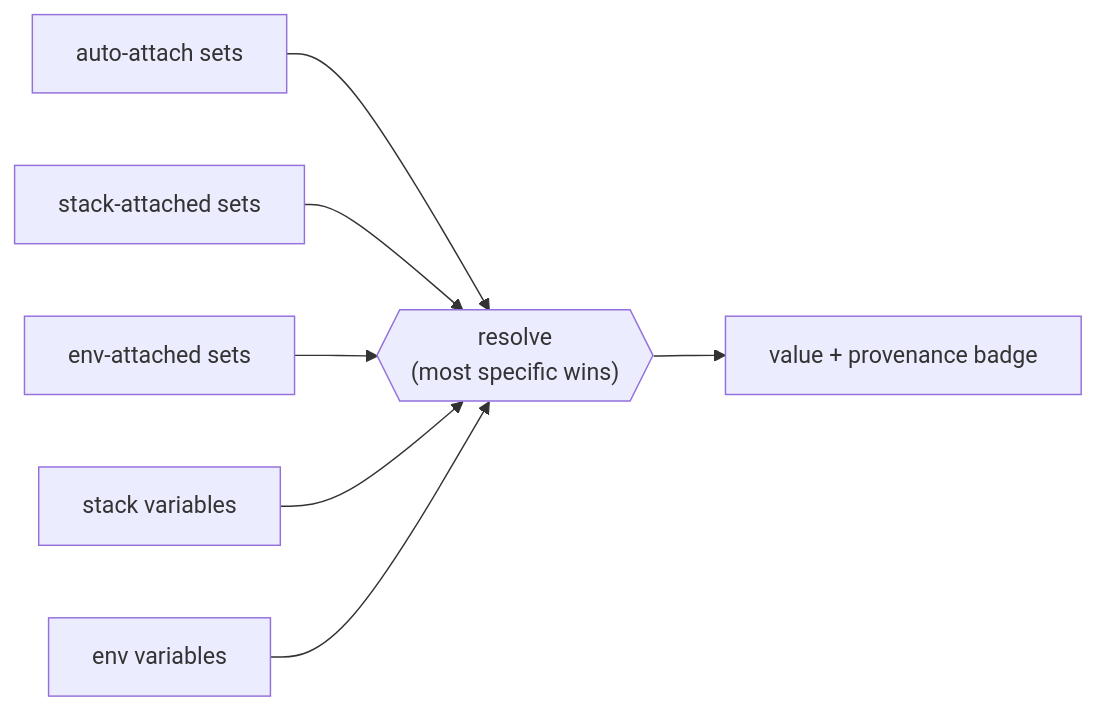
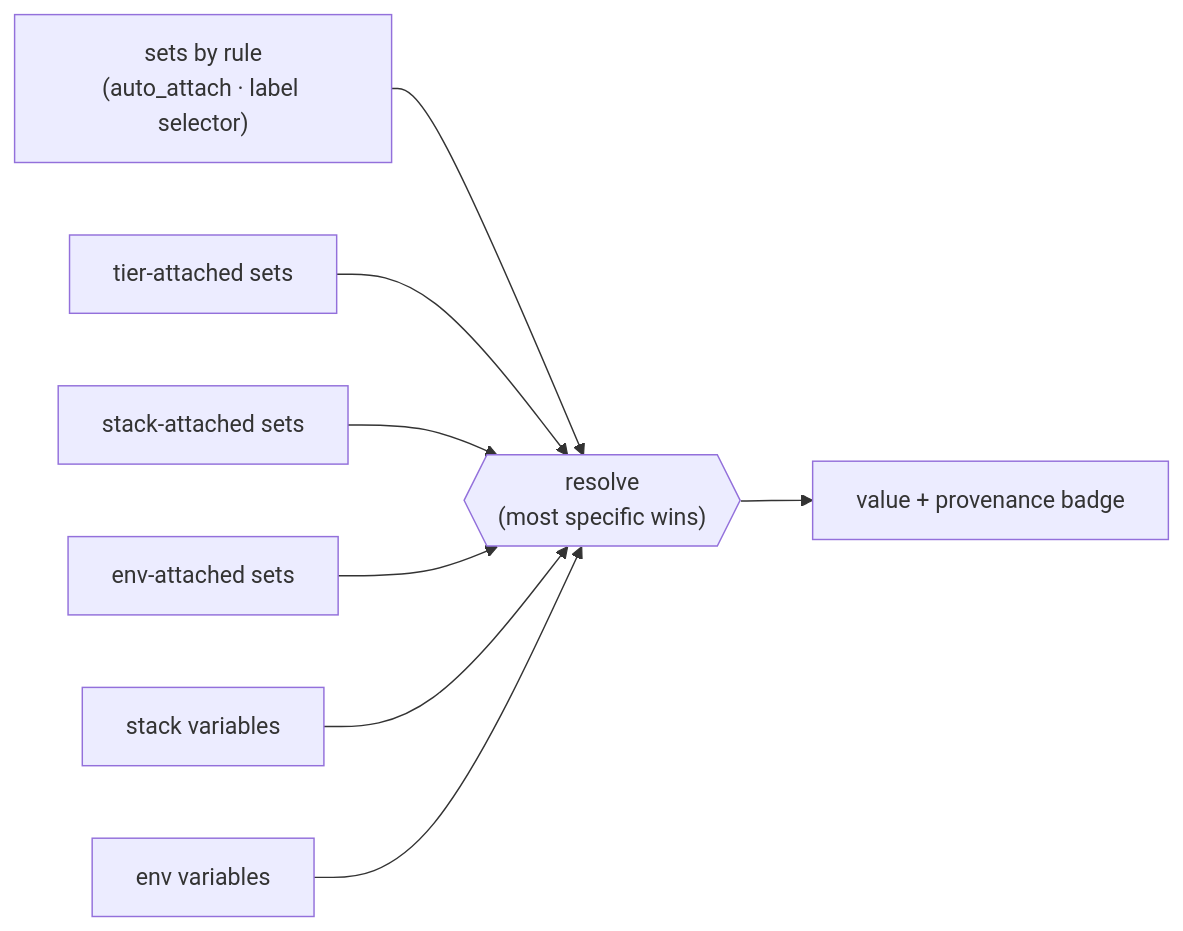
Before and after one commit to fmiquel90/stackd: the sixth of 6 diagrams in docs/ARCHITECTURE.md, drawn with Mermaid. The commit also changed other lines of this file and 1 other file, not shown here.

First line of the commit message:
docs: align concepts and architecture with saved-plan apply and job-scoped state

````diff
--- a/docs/ARCHITECTURE.md
+++ b/docs/ARCHITECTURE.md
@@ -141,9 +190,10 @@
 ```mermaid
 flowchart LR
-    S1["auto-attach sets"] --> R
+    S1["sets by rule<br/>(auto_attach · label selector)"] --> R
+    S0["tier-attached sets"] --> R
     S2["stack-attached sets"] --> R
     S3["env-attached sets"] --> R
     ST["stack variables"] --> R
     EN["env variables"] --> R
     R{{"resolve<br/>(most specific wins)"}} --> OUT["value + provenance badge"]
 ```
````
